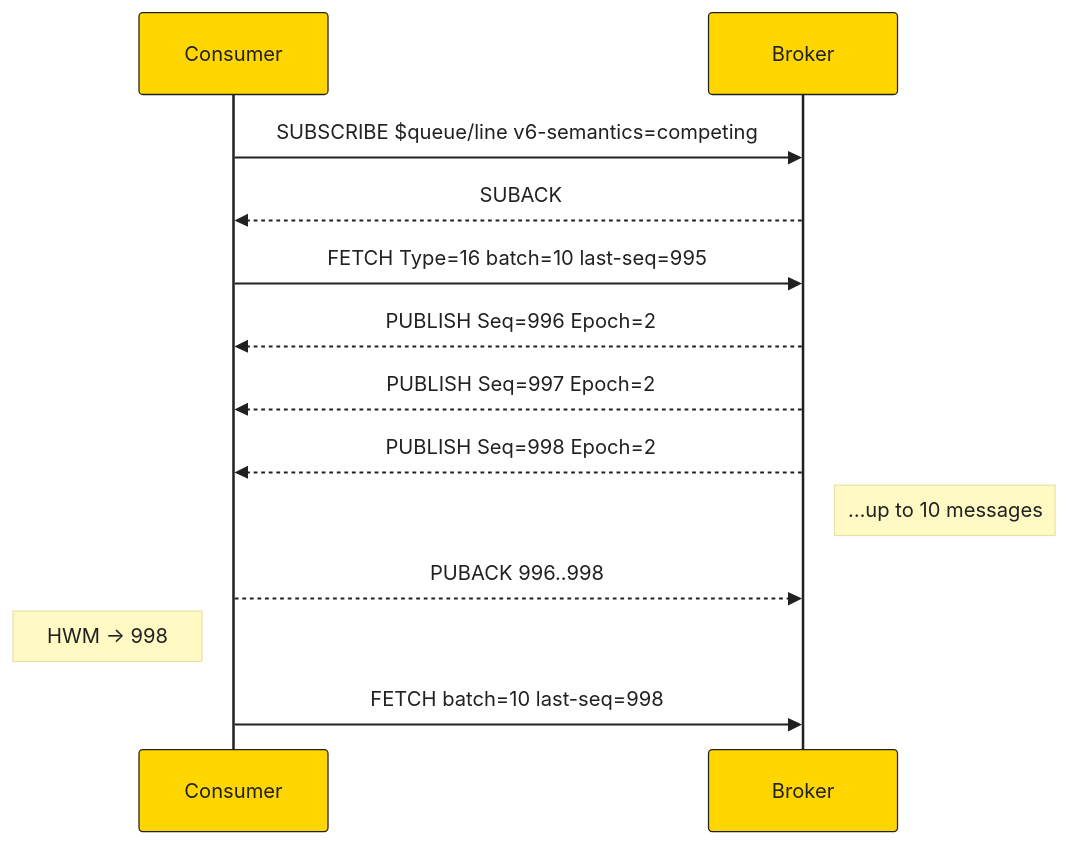
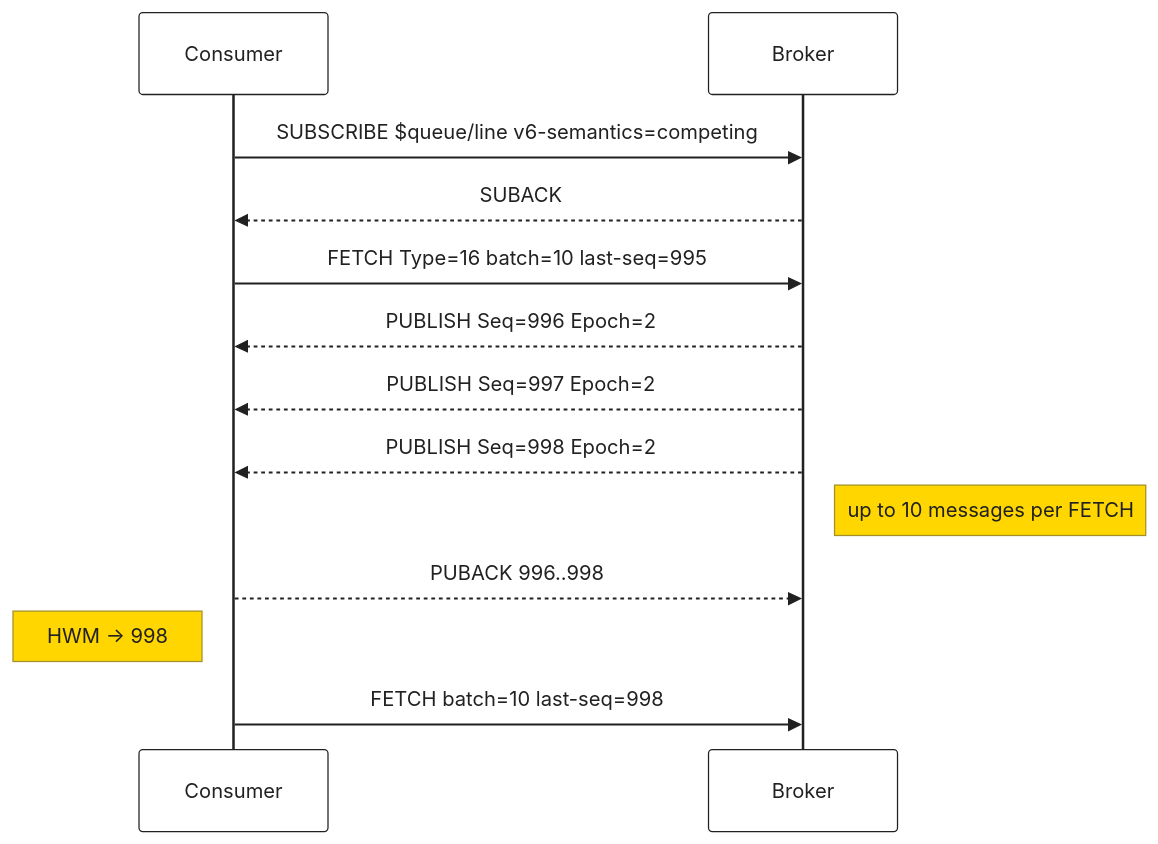
One commit to bsommers/mqtt-6.0-proposal changed the third of 8 diagrams in docs/diagrams/packet-flows.md. Above: the diagram before and after it, drawn with Mermaid. The commit also changed other lines of this file and 2 other files, not shown here.

First line of the commit message:
Clean up diagram colors and fix \n rendering in Mermaid

````diff
--- a/docs/diagrams/packet-flows.md
+++ b/docs/diagrams/packet-flows.md
@@ -52,18 +52,18 @@
 ```mermaid
-%%{init:{'theme':'base','themeVariables':{'primaryColor':'#FFD600','primaryTextColor':'#212121','primaryBorderColor':'#212121','lineColor':'#212121','actorBkg':'#FFD600','actorBorder':'#212121','actorTextColor':'#212121','noteBkgColor':'#FFF9C4','noteTextColor':'#212121','activationBkgColor':'#FFF9C4','signalColor':'#212121','signalTextColor':'#212121'}}}%%
+%%{init:{'theme':'base','themeVariables':{'primaryColor':'#FFFFFF','primaryTextColor':'#212121','primaryBorderColor':'#212121','lineColor':'#212121','actorBkg':'#FFFFFF','actorBorder':'#212121','actorTextColor':'#212121','noteBkgColor':'#FFD600','noteTextColor':'#212121','activationBkgColor':'#F5F5F5','signalColor':'#212121','signalTextColor':'#212121'}}}%%
 sequenceDiagram
     participant C as Consumer
     participant B as Broker
 
     C->>B: SUBSCRIBE $queue/line v6-semantics=competing
     B-->>C: SUBACK
 
     C->>B: FETCH Type=16 batch=10 last-seq=995
     B-->>C: PUBLISH Seq=996 Epoch=2
     B-->>C: PUBLISH Seq=997 Epoch=2
     B-->>C: PUBLISH Seq=998 Epoch=2
-    Note right of B: …up to 10 messages
+    Note right of B: up to 10 messages per FETCH
     C-->>B: PUBACK 996..998
     Note left of C: HWM → 998
     C->>B: FETCH batch=10 last-seq=998
 ```
````
